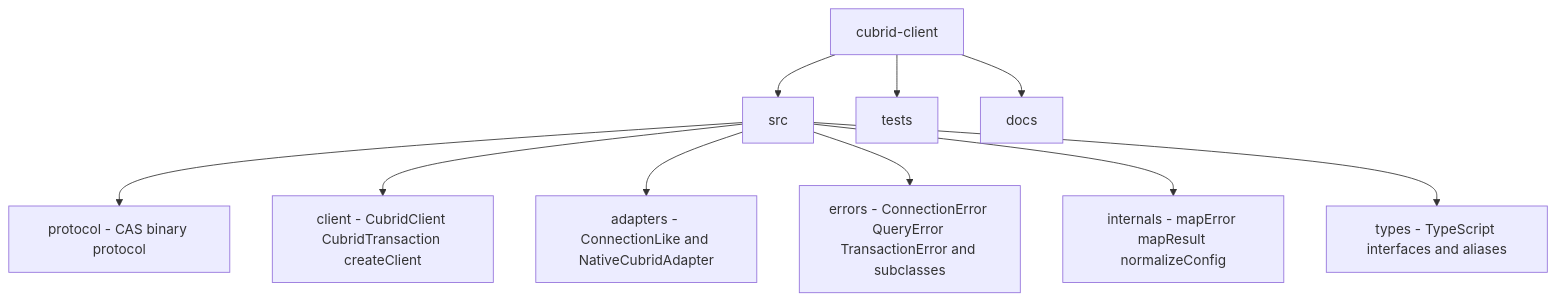
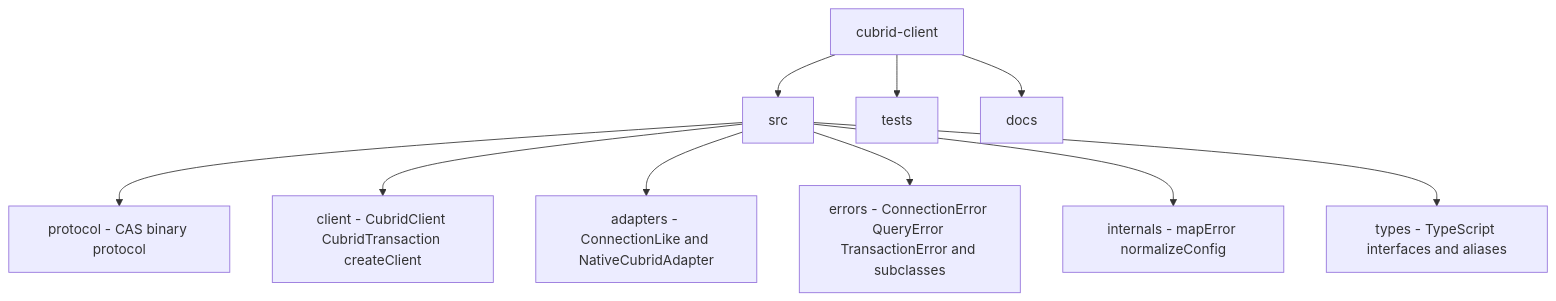
One commit to cubrid-lab/cubrid-client changed the fourth of 4 diagrams in README.md. Above: the diagram before and after it, drawn with Mermaid. The commit also changed 7 other files, not shown here.

````diff
--- a/README.md
+++ b/README.md
@@ -414,12 +414,12 @@
 ```mermaid
 graph TD
     Root[cubrid-client] --> Src[src]
     Root --> Tests[tests]
     Root --> Docs[docs]
     Src --> Protocol[protocol - CAS binary protocol]
     Src --> ClientModule[client - CubridClient CubridTransaction createClient]
     Src --> Adapters[adapters - ConnectionLike and NativeCubridAdapter]
     Src --> Errors[errors - ConnectionError QueryError TransactionError and subclasses]
-    Src --> Internals[internals - mapError mapResult normalizeConfig]
+    Src --> Internals[internals - mapError normalizeConfig]
     Src --> Types[types - TypeScript interfaces and aliases]
 ```
````
